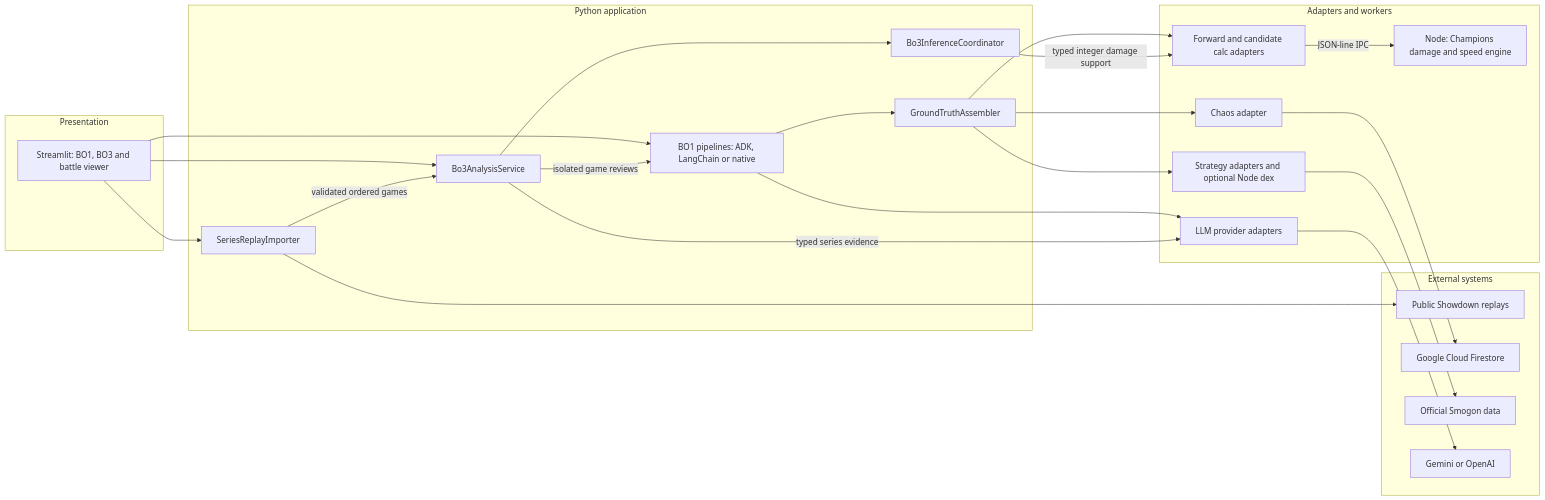
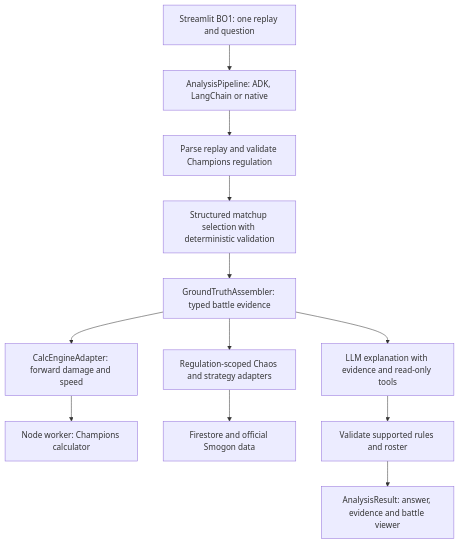
The first of 2 diagrams in README.md (Huarada/professor-VGC), drawn with Mermaid before and after one commit. The commit also changed other lines of this file and 28 other files, not shown here.

Commit message:
feat(bo3): add attribute ranges and harden inverse analysis

````diff
--- a/README.md
+++ b/README.md
@@ -48,44 +60,14 @@
 ```mermaid
-flowchart LR
-    subgraph presentation ["Presentation"]
-        ui["Streamlit: BO1, BO3 and battle viewer"]
-    end
-    subgraph application ["Python application"]
-        importer["SeriesReplayImporter"]
-        series["Bo3AnalysisService"]
-        single["BO1 pipelines: ADK, LangChain or native"]
-        evidence["GroundTruthAssembler"]
-        inverse["Bo3InferenceCoordinator"]
-    end
-    subgraph infrastructure ["Adapters and workers"]
-        calc["Forward and candidate calc adapters"]
-        worker["Node: Champions damage and speed engine"]
-        meta["Chaos adapter"]
-        strategy["Strategy adapters and optional Node dex"]
-        provider["LLM provider adapters"]
-    end
-    subgraph external ["External systems"]
-        showdown["Public Showdown replays"]
-        firestore["Google Cloud Firestore"]
-        smogon["Official Smogon data"]
-        llm["Gemini or OpenAI"]
-    end
-    ui --> importer
-    importer --> showdown
-    ui --> single
-    ui --> series
-    importer -->|"validated ordered games"| series
-    series -->|"isolated game reviews"| single
-    series --> inverse
-    single --> evidence
-    evidence --> calc
-    evidence --> meta
-    evidence --> strategy
-    inverse -->|"typed integer damage support"| calc
-    calc -->|"JSON-line IPC"| worker
-    meta --> firestore
-    strategy --> smogon
-    single --> provider
-    series -->|"typed series evidence"| provider
-    provider --> llm
+flowchart TD
+    input["Streamlit BO1: one replay and question"] --> pipeline["AnalysisPipeline: ADK, LangChain or native"]
+    pipeline --> parse["Parse replay and validate Champions regulation"]
+    parse --> selection["Structured matchup selection with deterministic validation"]
+    selection --> truth["GroundTruthAssembler: typed battle evidence"]
+    truth --> calc["CalcEngineAdapter: forward damage and speed"]
+    calc --> worker["Node worker: Champions calculator"]
+    truth --> context["Regulation-scoped Chaos and strategy adapters"]
+    context --> sources["Firestore and official Smogon data"]
+    truth --> explain["LLM explanation with evidence and read-only tools"]
+    explain --> guard["Validate supported rules and roster"]
+    guard --> result["AnalysisResult: answer, evidence and battle viewer"]
 ```
````
